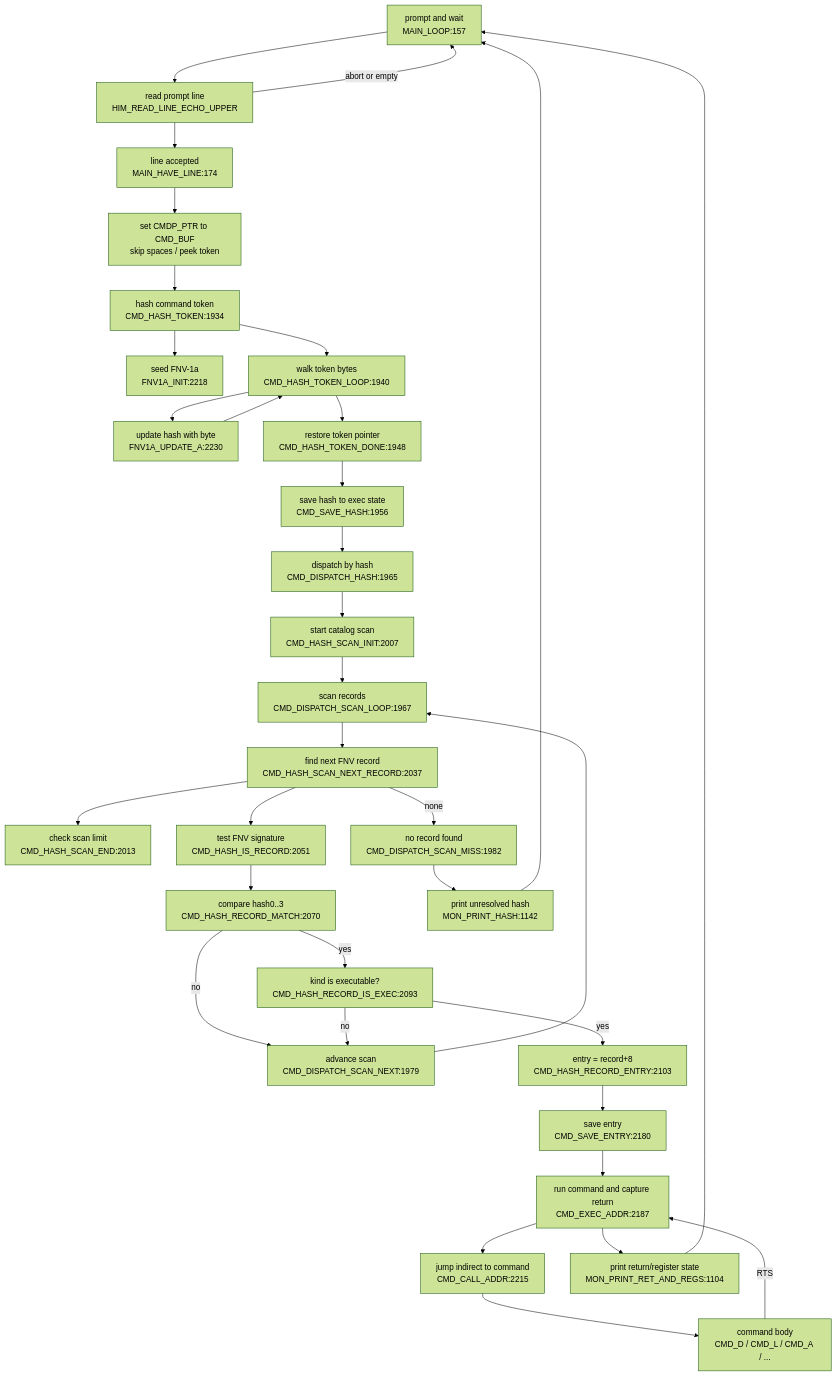
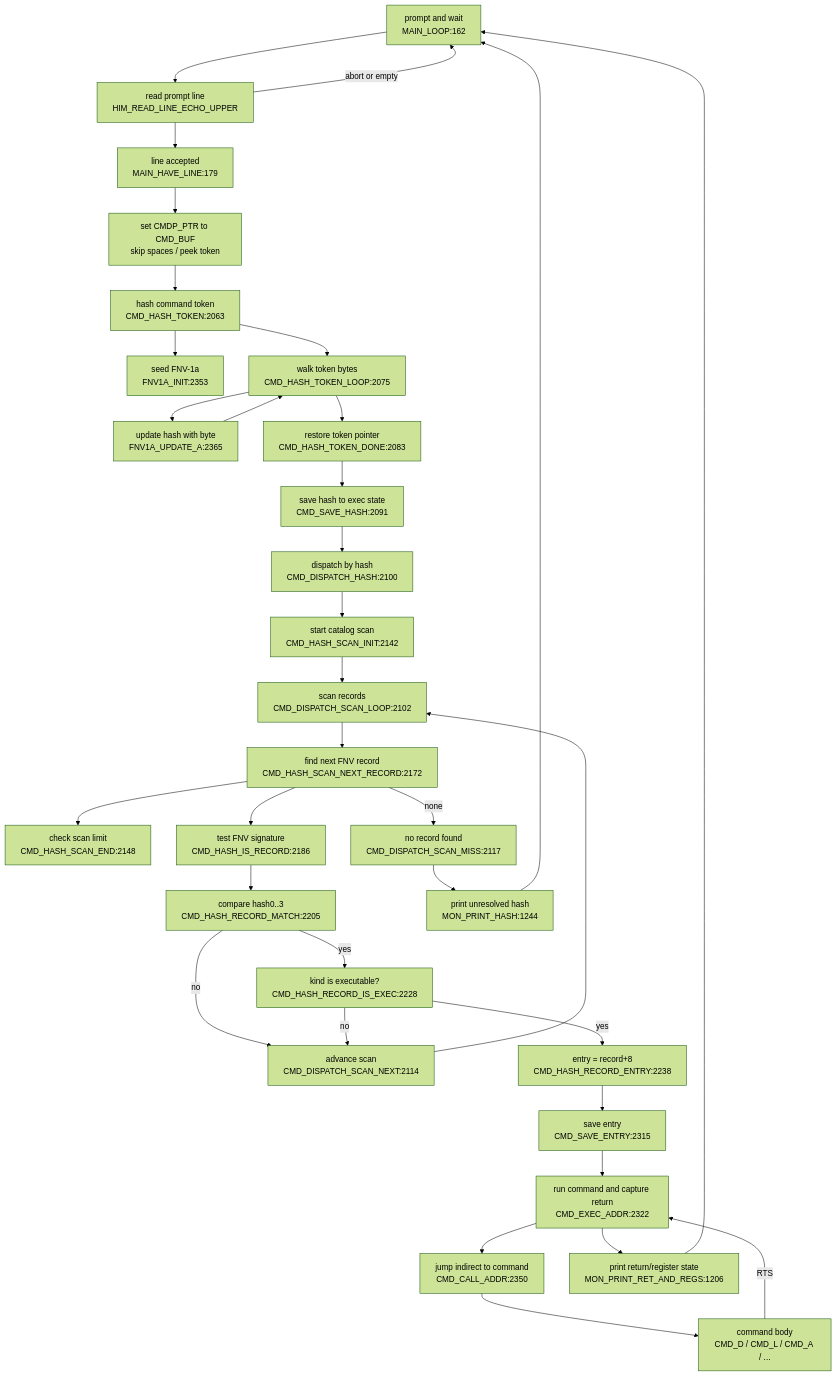
The diagram in DOC/GENERATED/CMD_FLOW_MAP.md (95westus/R-YORS), drawn with Mermaid (forest theme) before and after one commit. The commit also changed other lines of this file and 114 other files, not shown here.

````diff
--- a/DOC/GENERATED/CMD_FLOW_MAP.md
+++ b/DOC/GENERATED/CMD_FLOW_MAP.md
@@ -10,36 +10,36 @@
 ```mermaid
 flowchart TD
-    LOOP["prompt and wait<br/>MAIN_LOOP:157"] --> READ["read prompt line<br/>HIM_READ_LINE_ECHO_UPPER"]
-    READ --> HAVE["line accepted<br/>MAIN_HAVE_LINE:174"]
+    LOOP["prompt and wait<br/>MAIN_LOOP:162"] --> READ["read prompt line<br/>HIM_READ_LINE_ECHO_UPPER"]
+    READ --> HAVE["line accepted<br/>MAIN_HAVE_LINE:179"]
     READ -->|abort or empty| LOOP
     HAVE --> PREP["set CMDP_PTR to CMD_BUF<br/>skip spaces / peek token"]
-    PREP --> HASH["hash command token<br/>CMD_HASH_TOKEN:1934"]
-    HASH --> FNVINIT["seed FNV-1a<br/>FNV1A_INIT:2218"]
-    HASH --> HASHLOOP["walk token bytes<br/>CMD_HASH_TOKEN_LOOP:1940"]
-    HASHLOOP --> UPDATE["update hash with byte<br/>FNV1A_UPDATE_A:2230"]
+    PREP --> HASH["hash command token<br/>CMD_HASH_TOKEN:2063"]
+    HASH --> FNVINIT["seed FNV-1a<br/>FNV1A_INIT:2353"]
+    HASH --> HASHLOOP["walk token bytes<br/>CMD_HASH_TOKEN_LOOP:2075"]
+    HASHLOOP --> UPDATE["update hash with byte<br/>FNV1A_UPDATE_A:2365"]
     UPDATE --> HASHLOOP
-    HASHLOOP --> DONE["restore token pointer<br/>CMD_HASH_TOKEN_DONE:1948"]
-    DONE --> SAVEHASH["save hash to exec state<br/>CMD_SAVE_HASH:1956"]
-    SAVEHASH --> DISPATCH["dispatch by hash<br/>CMD_DISPATCH_HASH:1965"]
-    DISPATCH --> SCANINIT["start catalog scan<br/>CMD_HASH_SCAN_INIT:2007"]
-    SCANINIT --> SCANLOOP["scan records<br/>CMD_DISPATCH_SCAN_LOOP:1967"]
-    SCANLOOP --> NEXTREC["find next FNV record<br/>CMD_HASH_SCAN_NEXT_RECORD:2037"]
-    NEXTREC --> ENDCHK["check scan limit<br/>CMD_HASH_SCAN_END:2013"]
-    NEXTREC --> ISREC["test FNV signature<br/>CMD_HASH_IS_RECORD:2051"]
-    NEXTREC -->|none| MISS["no record found<br/>CMD_DISPATCH_SCAN_MISS:1982"]
-    ISREC --> MATCH["compare hash0..3<br/>CMD_HASH_RECORD_MATCH:2070"]
-    MATCH -->|no| ADV["advance scan<br/>CMD_DISPATCH_SCAN_NEXT:1979"]
+    HASHLOOP --> DONE["restore token pointer<br/>CMD_HASH_TOKEN_DONE:2083"]
+    DONE --> SAVEHASH["save hash to exec state<br/>CMD_SAVE_HASH:2091"]
+    SAVEHASH --> DISPATCH["dispatch by hash<br/>CMD_DISPATCH_HASH:2100"]
+    DISPATCH --> SCANINIT["start catalog scan<br/>CMD_HASH_SCAN_INIT:2142"]
+    SCANINIT --> SCANLOOP["scan records<br/>CMD_DISPATCH_SCAN_LOOP:2102"]
+    SCANLOOP --> NEXTREC["find next FNV record<br/>CMD_HASH_SCAN_NEXT_RECORD:2172"]
+    NEXTREC --> ENDCHK["check scan limit<br/>CMD_HASH_SCAN_END:2148"]
+    NEXTREC --> ISREC["test FNV signature<br/>CMD_HASH_IS_RECORD:2186"]
+    NEXTREC -->|none| MISS["no record found<br/>CMD_DISPATCH_SCAN_MISS:2117"]
+    ISREC --> MATCH["compare hash0..3<br/>CMD_HASH_RECORD_MATCH:2205"]
+    MATCH -->|no| ADV["advance scan<br/>CMD_DISPATCH_SCAN_NEXT:2114"]
     ADV --> SCANLOOP
-    MATCH -->|yes| EXECOK["kind is executable?<br/>CMD_HASH_RECORD_IS_EXEC:2093"]
+    MATCH -->|yes| EXECOK["kind is executable?<br/>CMD_HASH_RECORD_IS_EXEC:2228"]
     EXECOK -->|no| ADV
-    EXECOK -->|yes| ENTRY["entry = record+8<br/>CMD_HASH_RECORD_ENTRY:2103"]
-    ENTRY --> SAVEENTRY["save entry<br/>CMD_SAVE_ENTRY:2180"]
-    SAVEENTRY --> RUN["run command and capture return<br/>CMD_EXEC_ADDR:2187"]
-    RUN --> CALL["jump indirect to command<br/>CMD_CALL_ADDR:2215"]
+    EXECOK -->|yes| ENTRY["entry = record+8<br/>CMD_HASH_RECORD_ENTRY:2238"]
+    ENTRY --> SAVEENTRY["save entry<br/>CMD_SAVE_ENTRY:2315"]
+    SAVEENTRY --> RUN["run command and capture return<br/>CMD_EXEC_ADDR:2322"]
+    RUN --> CALL["jump indirect to command<br/>CMD_CALL_ADDR:2350"]
     CALL --> BODY["command body<br/>CMD_D / CMD_L / CMD_A / ..."]
     BODY -->|RTS| RUN
-    RUN --> RETPRINT["print return/register state<br/>MON_PRINT_RET_AND_REGS:1104"]
+    RUN --> RETPRINT["print return/register state<br/>MON_PRINT_RET_AND_REGS:1206"]
     RETPRINT --> LOOP
-    MISS --> PRHASH["print unresolved hash<br/>MON_PRINT_HASH:1142"]
+    MISS --> PRHASH["print unresolved hash<br/>MON_PRINT_HASH:1244"]
     PRHASH --> LOOP
 ```
````
